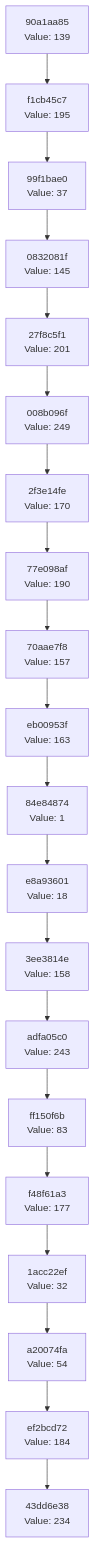
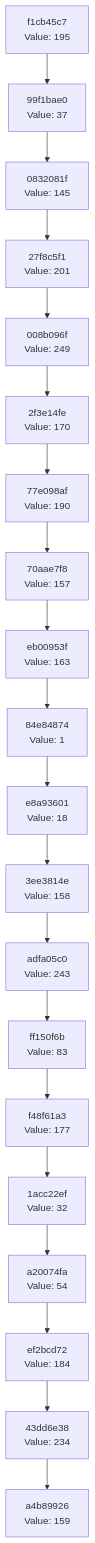
One commit to Abhisheksinha1506/hash-chain-evolver changed the diagram in docs/CHAIN_VISUALIZATION.md. Above: the diagram before and after it, drawn with Mermaid. The commit also changed 2 other files, not shown here.

Commit message:
Evolution Step

````diff
--- a/docs/CHAIN_VISUALIZATION.md
+++ b/docs/CHAIN_VISUALIZATION.md
@@ -3,42 +3,42 @@
 ```mermaid
 graph TD
-    C0["43dd6e38<br/>Value: 234"]
-    C1["ef2bcd72<br/>Value: 184"]
+    C0["a4b89926<br/>Value: 159"]
+    C1["43dd6e38<br/>Value: 234"]
     C1 --> C0
-    C2["a20074fa<br/>Value: 54"]
+    C2["ef2bcd72<br/>Value: 184"]
     C2 --> C1
-    C3["1acc22ef<br/>Value: 32"]
+    C3["a20074fa<br/>Value: 54"]
     C3 --> C2
-    C4["f48f61a3<br/>Value: 177"]
+    C4["1acc22ef<br/>Value: 32"]
     C4 --> C3
-    C5["ff150f6b<br/>Value: 83"]
+    C5["f48f61a3<br/>Value: 177"]
     C5 --> C4
-    C6["adfa05c0<br/>Value: 243"]
+    C6["ff150f6b<br/>Value: 83"]
     C6 --> C5
-    C7["3ee3814e<br/>Value: 158"]
+    C7["adfa05c0<br/>Value: 243"]
     C7 --> C6
-    C8["e8a93601<br/>Value: 18"]
+    C8["3ee3814e<br/>Value: 158"]
     C8 --> C7
-    C9["84e84874<br/>Value: 1"]
+    C9["e8a93601<br/>Value: 18"]
     C9 --> C8
-    C10["eb00953f<br/>Value: 163"]
+    C10["84e84874<br/>Value: 1"]
     C10 --> C9
-    C11["70aae7f8<br/>Value: 157"]
+    C11["eb00953f<br/>Value: 163"]
     C11 --> C10
-    C12["77e098af<br/>Value: 190"]
+    C12["70aae7f8<br/>Value: 157"]
     C12 --> C11
-    C13["2f3e14fe<br/>Value: 170"]
+    C13["77e098af<br/>Value: 190"]
     C13 --> C12
-    C14["008b096f<br/>Value: 249"]
+    C14["2f3e14fe<br/>Value: 170"]
     C14 --> C13
-    C15["27f8c5f1<br/>Value: 201"]
+    C15["008b096f<br/>Value: 249"]
     C15 --> C14
-    C16["0832081f<br/>Value: 145"]
+    C16["27f8c5f1<br/>Value: 201"]
     C16 --> C15
-    C17["99f1bae0<br/>Value: 37"]
+    C17["0832081f<br/>Value: 145"]
     C17 --> C16
-    C18["f1cb45c7<br/>Value: 195"]
+    C18["99f1bae0<br/>Value: 37"]
     C18 --> C17
-    C19["90a1aa85<br/>Value: 139"]
+    C19["f1cb45c7<br/>Value: 195"]
     C19 --> C18
 ```
````
